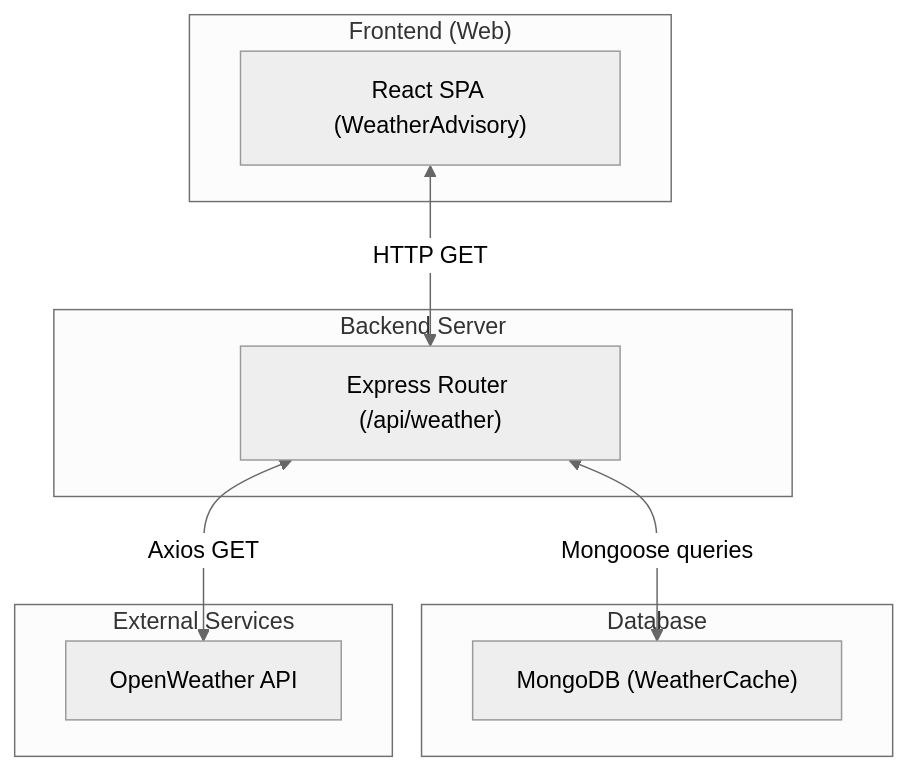
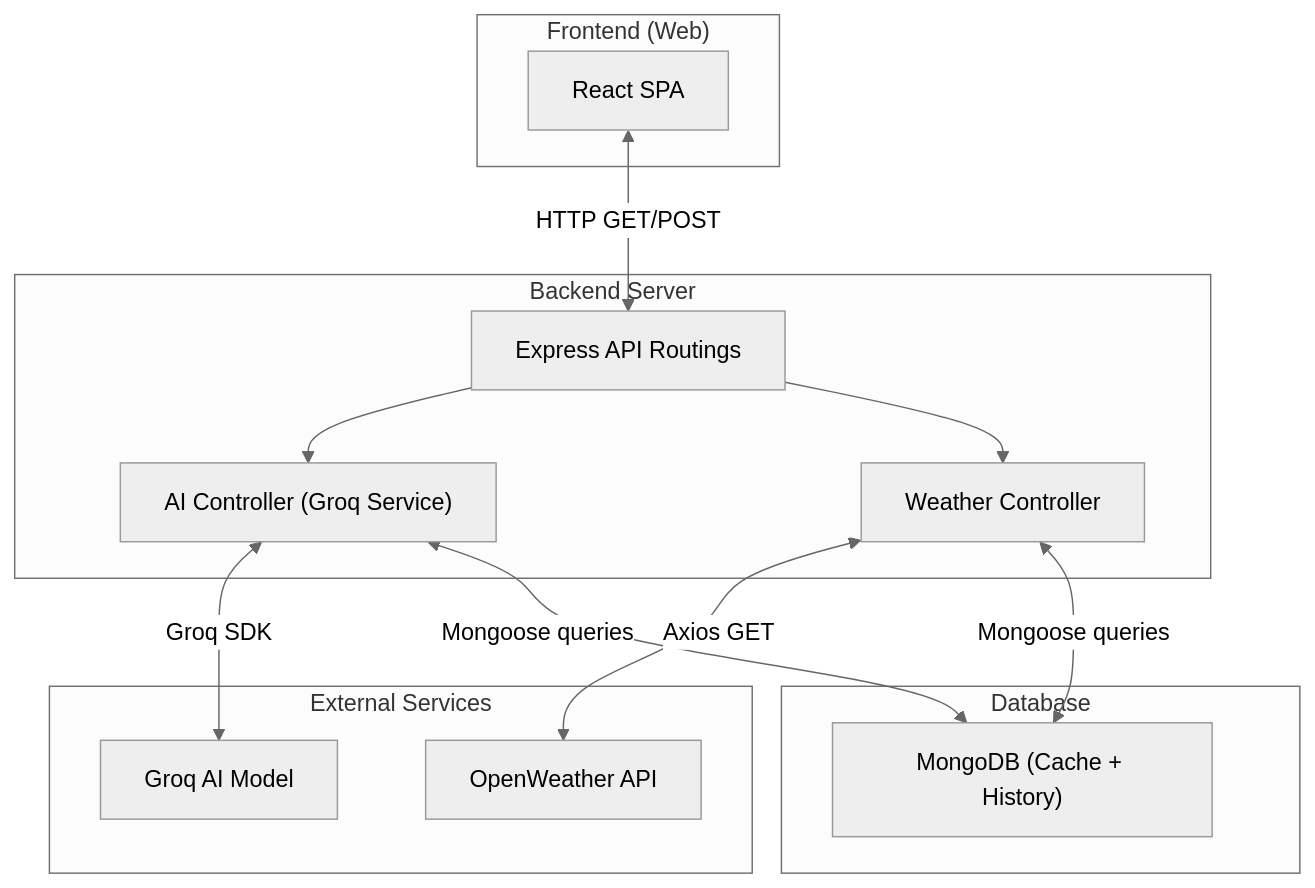
Before and after one commit to Kshithija1507/Agriwaste: the fourth of 6 diagrams in WEATHER_ARCHITECTURE.md, drawn with Mermaid (neutral theme). The commit also changed other lines of this file, not shown here.

Commit message:
docs: added groq ai crop suggestions to architecture diagrams

````diff
--- a/WEATHER_ARCHITECTURE.md
+++ b/WEATHER_ARCHITECTURE.md
@@ -123,22 +108,31 @@
 ```mermaid
 flowchart TB
     subgraph Frontend ["Frontend (Web)"]
-        ReactApp["React SPA (WeatherAdvisory)"]
+        ReactApp["React SPA"]
     end
 
     subgraph Backend ["Backend Server"]
-        ExpressRouter["Express Router (/api/weather)"]
+        ExpressRouter["Express API Routings"]
+        AIController["AI Controller (Groq Service)"]
+        WeatherController["Weather Controller"]
     end
 
     subgraph DB ["Database"]
-        MongoDB["MongoDB (WeatherCache)"]
+        MongoDB["MongoDB (Cache + History)"]
     end
 
     subgraph External ["External Services"]
         OpenWeatherAPI["OpenWeather API"]
+        GroqAPI["Groq AI Model"]
     end
 
-    ReactApp <-->|HTTP GET| ExpressRouter
-    ExpressRouter <-->|Mongoose queries| MongoDB
-    ExpressRouter <-->|Axios GET| OpenWeatherAPI
+    ReactApp <-->|HTTP GET/POST| ExpressRouter
+    ExpressRouter --> AIController
+    ExpressRouter --> WeatherController
+    
+    AIController <-->|Groq SDK| GroqAPI
+    WeatherController <-->|Axios GET| OpenWeatherAPI
+    
+    AIController <-->|Mongoose queries| MongoDB
+    WeatherController <-->|Mongoose queries| MongoDB
 ```
````
